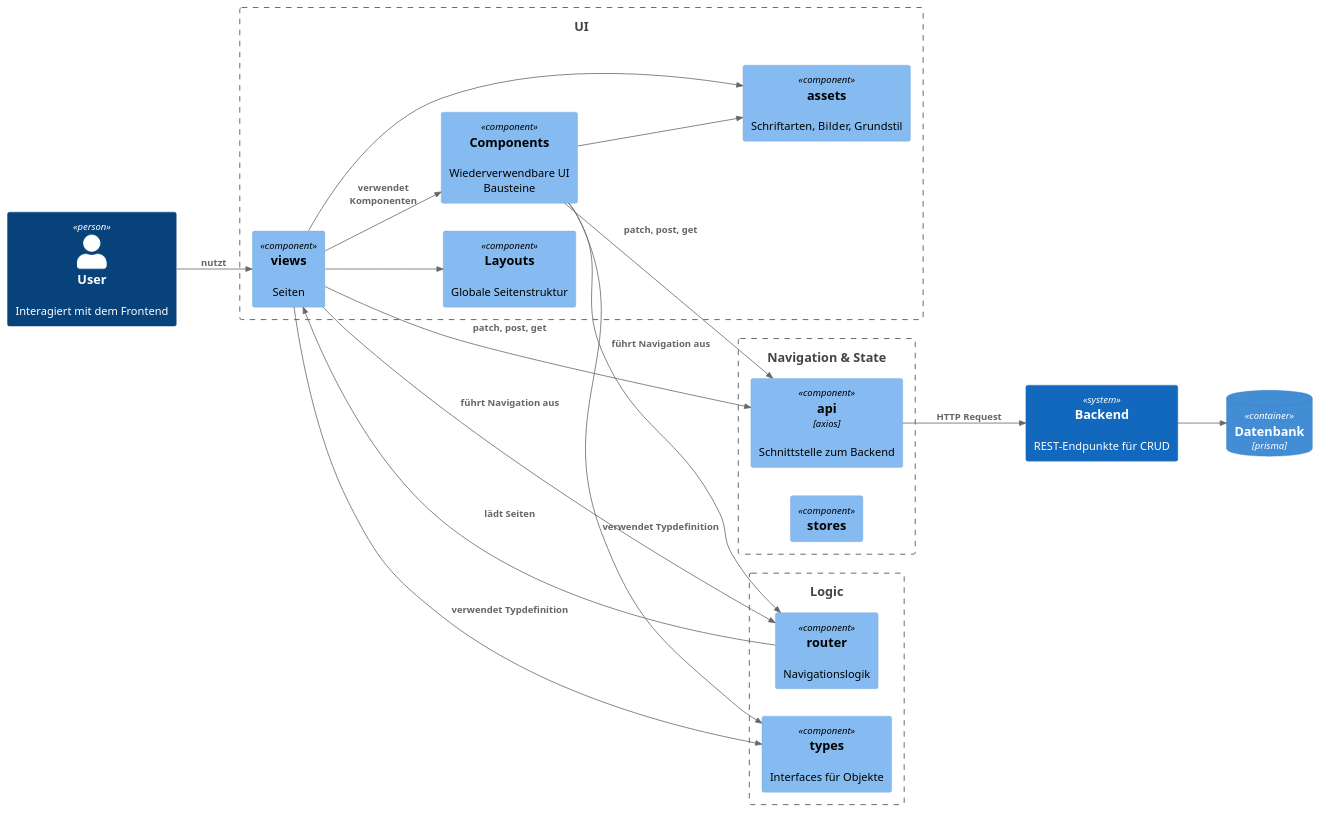
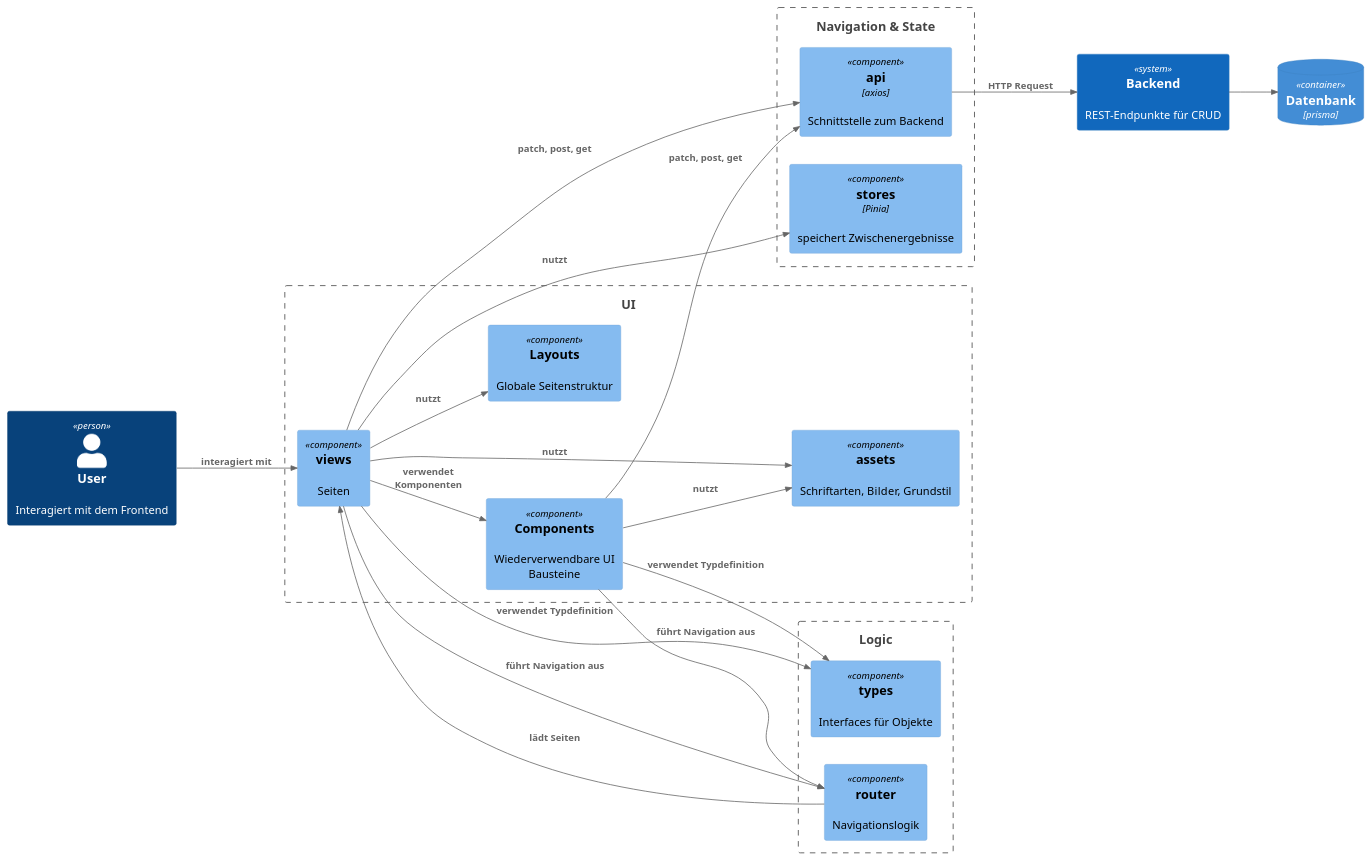
One commit to SoftwareprojektWIF25-26/Softwareprojekt changed the diagram in frontend/doku/Komponenten.puml. Above: the diagram before and after it, drawn with PlantUML.

Commit message:
Update Komponentendiagramm #15

```diff
--- a/frontend/doku/Komponenten.puml
+++ b/frontend/doku/Komponenten.puml
@@ -1,45 +1,46 @@
 @startuml
 !include https://raw.githubusercontent.com/plantuml-stdlib/C4-PlantUML/master/C4_Component.puml
 left to right direction
 
 Person("user", "User", "Interagiert mit dem Frontend")
 
 Boundary("ui", "UI ") {
 Component("views", views,, Seiten)
 Component("layouts", "Layouts", "", "Globale Seitenstruktur")
 Component("components", "Components", "", "Wiederverwendbare UI Bausteine")
 Component("assets", assets, ,"Schriftarten, Bilder, Grundstil")
 }
 
 Boundary("state", "Navigation & State ") {
 Component("api", api,axios, Schnittstelle zum Backend)
-Component("stores", stores)
+Component("stores", stores, Pinia ,speichert Zwischenergebnisse)
 }
 
 Boundary("logic", "Logic ") {
 Component("router", router,, Navigationslogik)
 Component("types", types,, Interfaces für Objekte)
 }
 
 System("backend", "Backend", "REST-Endpunkte für CRUD")
 ContainerDb("datenbank", "Datenbank", prisma)
 
-Rel("views", "layouts",)
+Rel("views", "layouts", nutzt)
 Rel("views", "components",verwendet Komponenten)
 Rel("views", "router", führt Navigation aus)
 Rel("views", "api","patch, post, get")
-Rel("views", "assets",)
+Rel("views", "assets", nutzt)
 Rel("views", "types",verwendet Typdefinition)
+Rel("views", "stores", nutzt)
 
 Rel("router", "views", lädt Seiten)
 
 Rel("components", "api","patch, post, get")
 Rel("components", "types", verwendet Typdefinition)
-Rel("components", "assets",)
+Rel("components", "assets", nutzt)
 Rel("components", "router", führt Navigation aus)
 
-Rel("user", "views",nutzt)
+Rel("user", "views",interagiert mit)
 Rel("api", "backend", HTTP Request)
 Rel("backend", "datenbank",)
 
 @enduml
```
